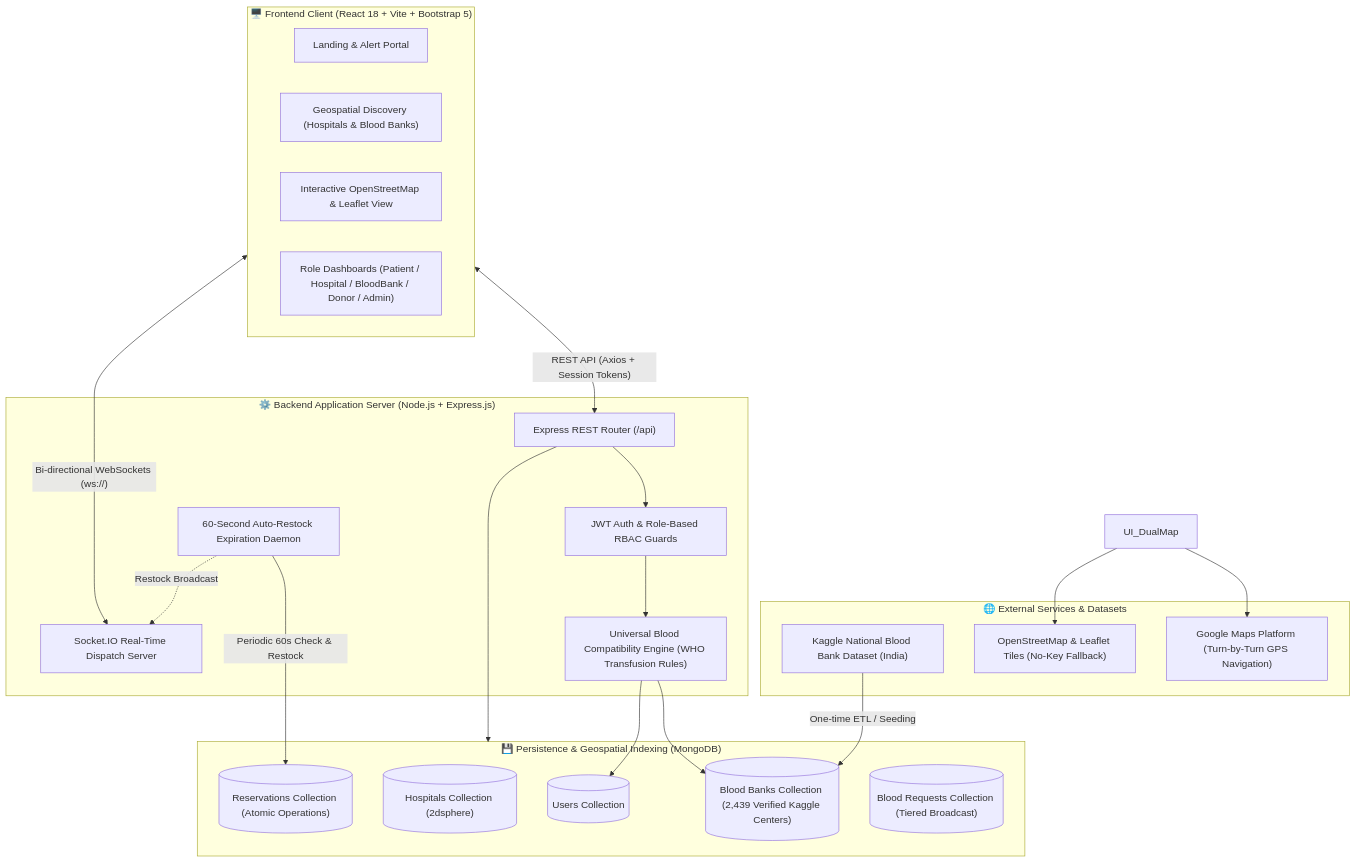
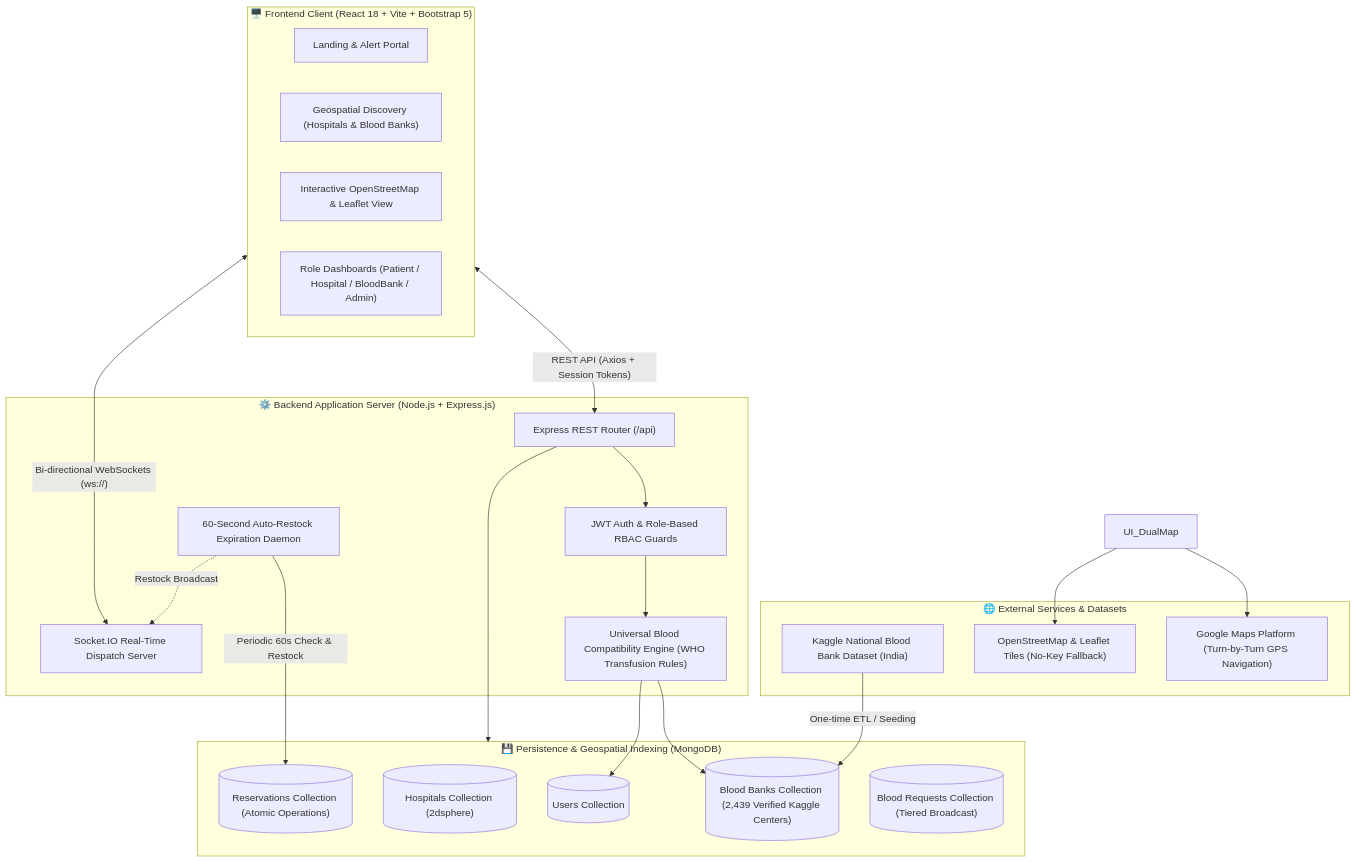
Before and after one commit to CharudattaPatil-AC/Vital-Link: the first of 3 diagrams in README.md, drawn with Mermaid. The commit also changed other lines of this file and 19 other files, not shown here.

Commit message:
refactor: remove voluntary donor role and map emergency blood requests directly to verified blood banks

````diff
--- a/README.md
+++ b/README.md
@@ -33,45 +33,45 @@
 ```mermaid
 flowchart TD
     subgraph ClientLayer["🖥️ Frontend Client (React 18 + Vite + Bootstrap 5)"]
         UI_Home["Landing & Alert Portal"]
         UI_Search["Geospatial Discovery (Hospitals & Blood Banks)"]
         UI_Map["Interactive OpenStreetMap & Leaflet View"]
-        UI_Dashboards["Role Dashboards (Patient / Hospital / BloodBank / Donor / Admin)"]
+        UI_Dashboards["Role Dashboards (Patient / Hospital / BloodBank / Admin)"]
     end
 
     subgraph APILayer["⚙️ Backend Application Server (Node.js + Express.js)"]
         Router["Express REST Router (/api)"]
         AuthMiddleware["JWT Auth & Role-Based RBAC Guards"]
         CompatEngine["Universal Blood Compatibility Engine (WHO Transfusion Rules)"]
         SocketServer["Socket.IO Real-Time Dispatch Server"]
         CleanupDaemon["60-Second Auto-Restock Expiration Daemon"]
     end
 
     subgraph DataLayer["💾 Persistence & Geospatial Indexing (MongoDB)"]
         DB_Users[("Users Collection")]
         DB_Hospitals[("Hospitals Collection (2dsphere)")]
         DB_BloodBanks[("Blood Banks Collection (2,439 Verified Kaggle Centers)")]
         DB_Reservations[("Reservations Collection (Atomic Operations)")]
         DB_BloodRequests[("Blood Requests Collection (Tiered Broadcast)")]
     end
 
     subgraph ExternalServices["🌐 External Services & Datasets"]
         Kaggle["Kaggle National Blood Bank Dataset (India)"]
         GMaps["Google Maps Platform (Turn-by-Turn GPS Navigation)"]
         OSM["OpenStreetMap & Leaflet Tiles (No-Key Fallback)"]
     end
 
     %% Connections
     ClientLayer <-->|"REST API (Axios + Session Tokens)"| Router
     ClientLayer <-->|"Bi-directional WebSockets (ws://)"| SocketServer
     Router --> AuthMiddleware
     AuthMiddleware --> CompatEngine
     CompatEngine --> DB_BloodBanks
     CompatEngine --> DB_Users
     Router --> DataLayer
     CleanupDaemon -->|"Periodic 60s Check & Restock"| DB_Reservations
     CleanupDaemon -.->|"Restock Broadcast"| SocketServer
     Kaggle -->|"One-time ETL / Seeding"| DB_BloodBanks
     UI_DualMap --> GMaps
     UI_DualMap --> OSM
 ```
````
